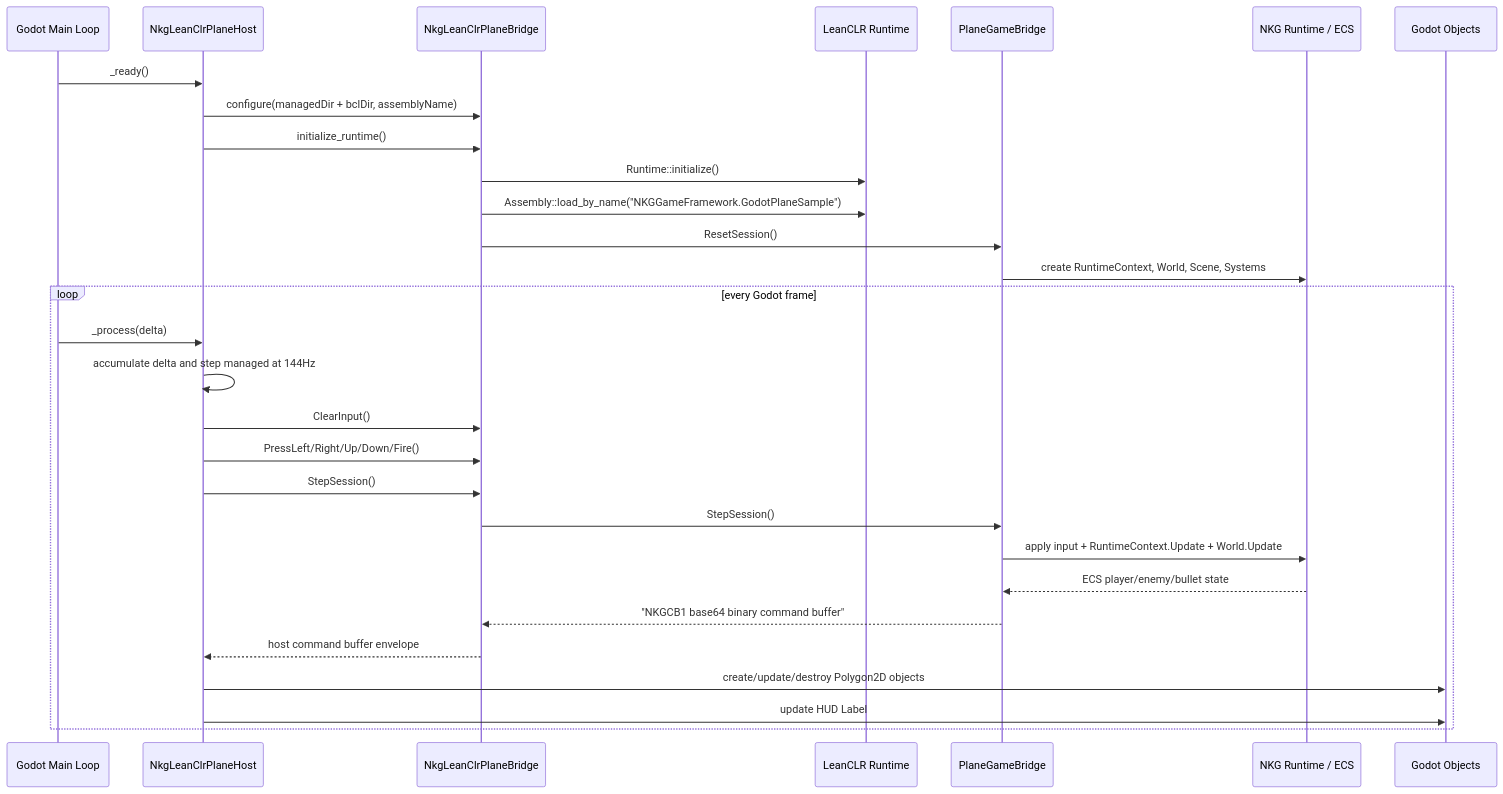
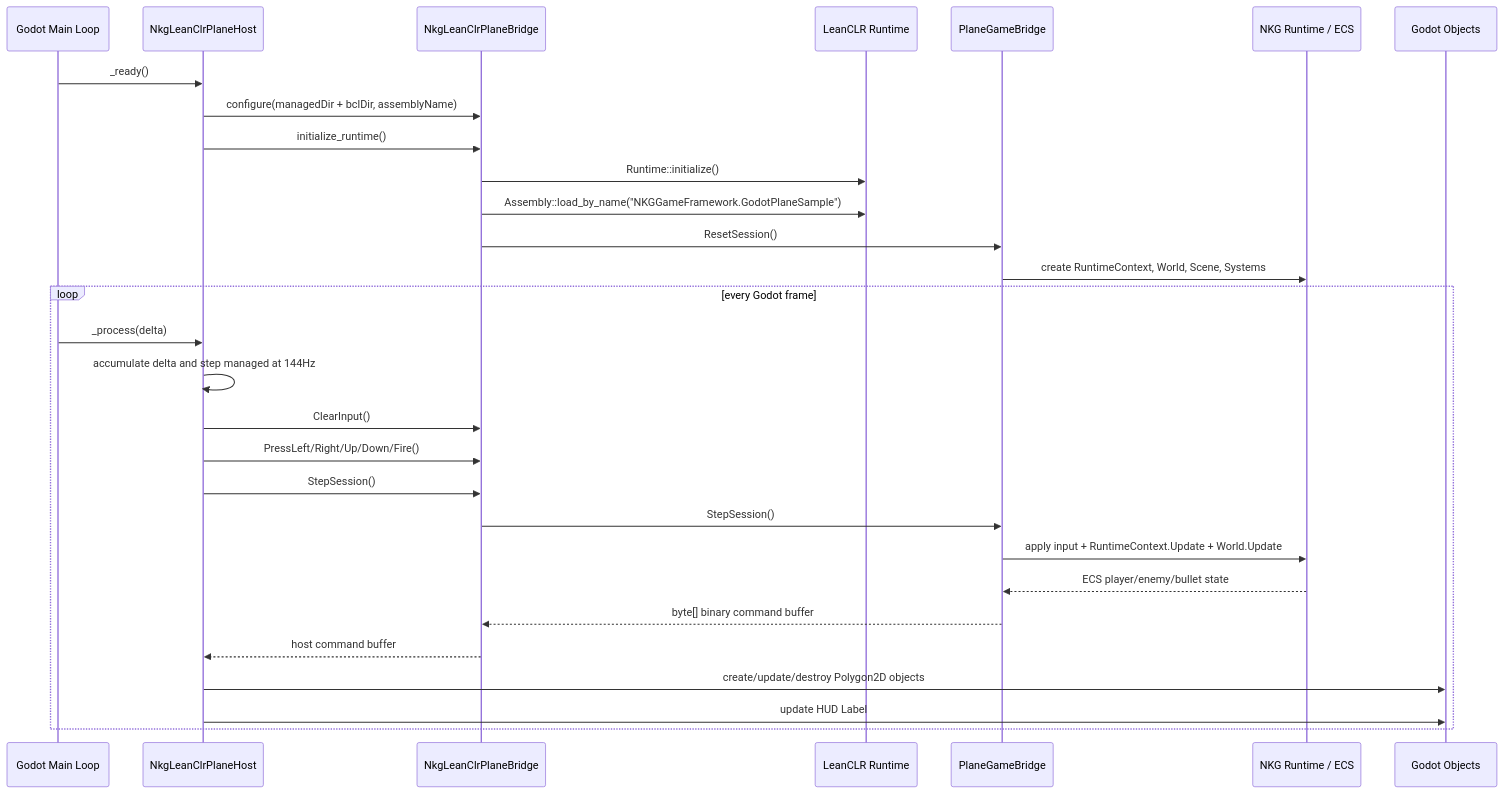
Before and after one commit to wqaetly/NKGGameFramework: the second of 3 diagrams in docs/godot-leanclr-runtime-structure.md, drawn with Mermaid. The commit also changed other lines of this file and 15 other files, not shown here.

````diff
--- a/docs/godot-leanclr-runtime-structure.md
+++ b/docs/godot-leanclr-runtime-structure.md
@@ -98,33 +98,33 @@
 ```mermaid
 sequenceDiagram
     participant Godot as Godot Main Loop
     participant Host as NkgLeanClrPlaneHost
     participant Bridge as NkgLeanClrPlaneBridge
     participant CLR as LeanCLR Runtime
     participant Managed as PlaneGameBridge
     participant NKG as NKG Runtime / ECS
     participant Obj as Godot Objects
 
     Godot->>Host: _ready()
     Host->>Bridge: configure(managedDir + bclDir, assemblyName)
     Host->>Bridge: initialize_runtime()
     Bridge->>CLR: Runtime::initialize()
     Bridge->>CLR: Assembly::load_by_name("NKGGameFramework.GodotPlaneSample")
     Bridge->>Managed: ResetSession()
     Managed->>NKG: create RuntimeContext, World, Scene, Systems
 
     loop every Godot frame
         Godot->>Host: _process(delta)
         Host->>Host: accumulate delta and step managed at 144Hz
         Host->>Bridge: ClearInput()
         Host->>Bridge: PressLeft/Right/Up/Down/Fire()
         Host->>Bridge: StepSession()
         Bridge->>Managed: StepSession()
         Managed->>NKG: apply input + RuntimeContext.Update + World.Update
         NKG-->>Managed: ECS player/enemy/bullet state
-        Managed-->>Bridge: "NKGCB1 base64 binary command buffer"
-        Bridge-->>Host: host command buffer envelope
+        Managed-->>Bridge: byte[] binary command buffer
+        Bridge-->>Host: host command buffer
         Host->>Obj: create/update/destroy Polygon2D objects
         Host->>Obj: update HUD Label
     end
 ```
````
